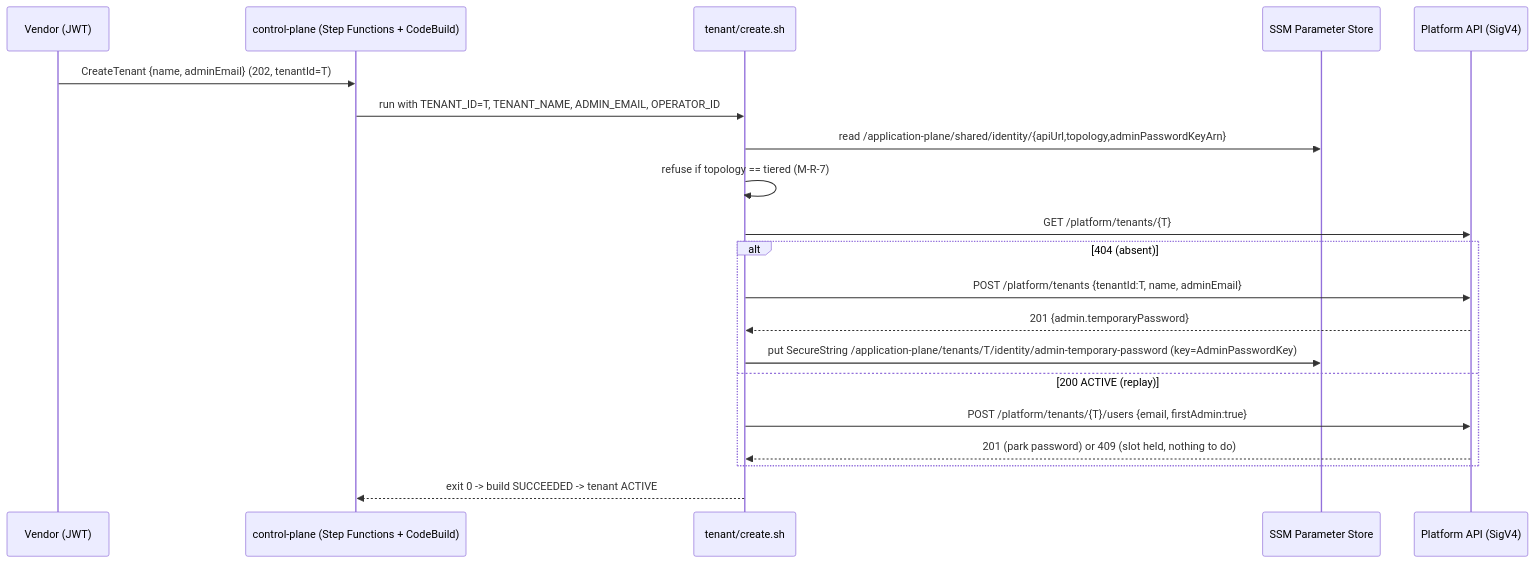
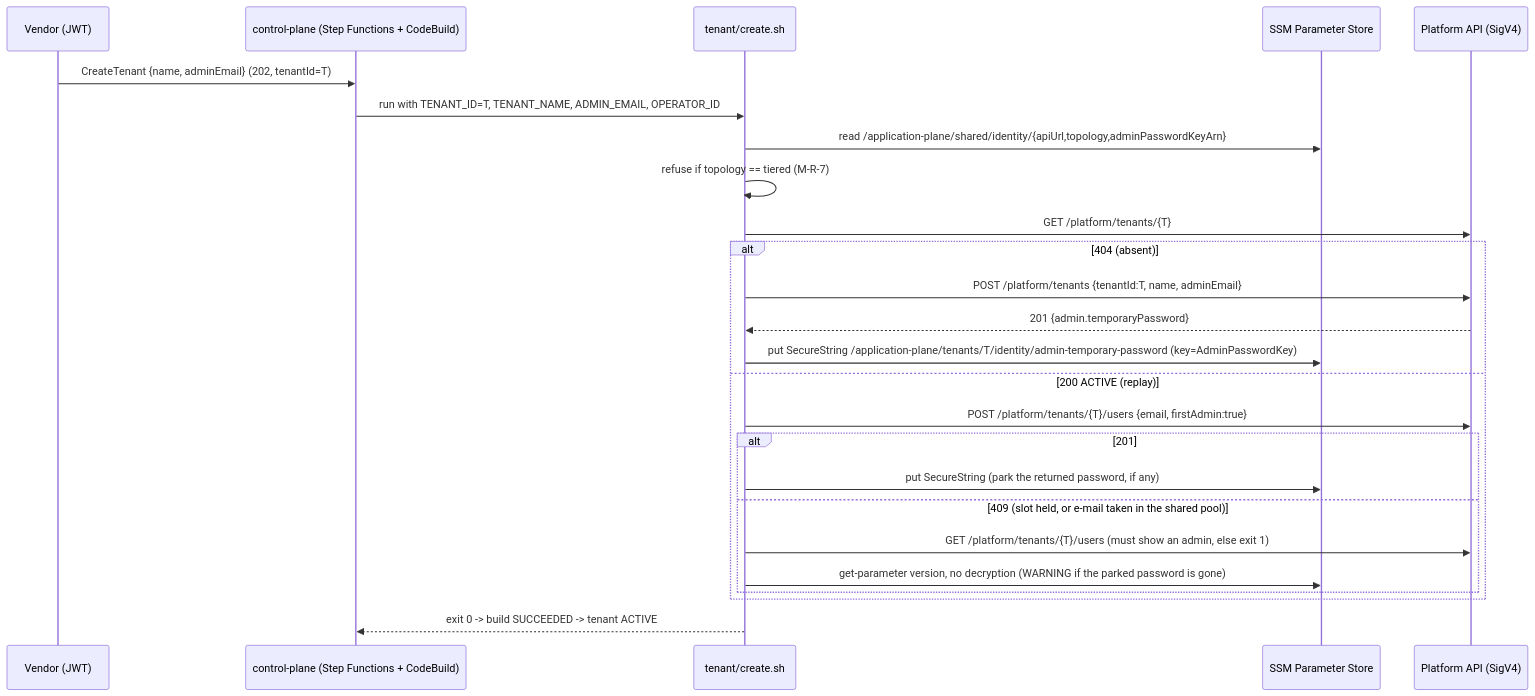
One commit to aws-samples/sample-agentic-ai-acceleration-patterns changed the fifth of 5 diagrams in samples/tenant-identity/architecture.md. Above: the diagram before and after it, drawn with Mermaid. The commit also changed other lines of this file and 1 other file, not shown here.

First line of the commit message:
docs(tenant-identity): spec note for ADR-0029/ADR-0032 and architecture.md catch-up

````diff
--- a/samples/tenant-identity/architecture.md
+++ b/samples/tenant-identity/architecture.md
@@ -503,22 +504,27 @@
 ```mermaid
 sequenceDiagram
     participant V as Vendor (JWT)
     participant CP as control-plane (Step Functions + CodeBuild)
     participant S as tenant/create.sh
     participant SSM as SSM Parameter Store
     participant P as Platform API (SigV4)
     V->>CP: CreateTenant {name, adminEmail} (202, tenantId=T)
     CP->>S: run with TENANT_ID=T, TENANT_NAME, ADMIN_EMAIL, OPERATOR_ID
     S->>SSM: read /application-plane/shared/identity/{apiUrl,topology,adminPasswordKeyArn}
     S->>S: refuse if topology == tiered (M-R-7)
     S->>P: GET /platform/tenants/{T}
     alt 404 (absent)
         S->>P: POST /platform/tenants {tenantId:T, name, adminEmail}
         P-->>S: 201 {admin.temporaryPassword}
         S->>SSM: put SecureString /application-plane/tenants/T/identity/admin-temporary-password (key=AdminPasswordKey)
     else 200 ACTIVE (replay)
         S->>P: POST /platform/tenants/{T}/users {email, firstAdmin:true}
-        P-->>S: 201 (park password) or 409 (slot held, nothing to do)
+        alt 201
+            S->>SSM: put SecureString (park the returned password, if any)
+        else 409 (slot held, or e-mail taken in the shared pool)
+            S->>P: GET /platform/tenants/{T}/users (must show an admin, else exit 1)
+            S->>SSM: get-parameter version, no decryption (WARNING if the parked password is gone)
+        end
     end
     S-->>CP: exit 0 -> build SUCCEEDED -> tenant ACTIVE
 ```
````
